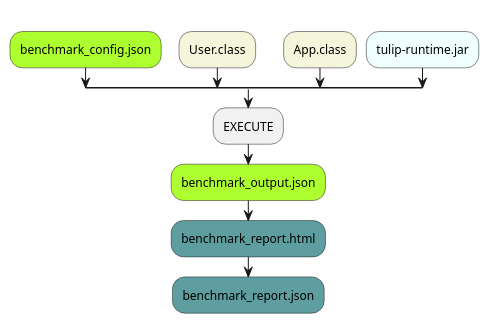
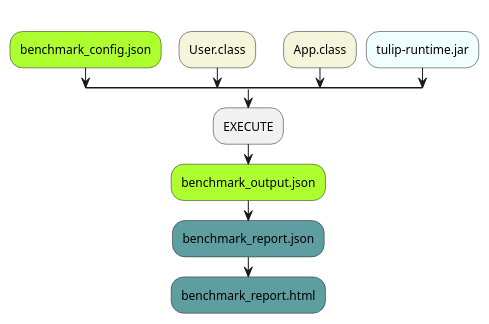
The fourth of 7 diagrams in doc/presentation/presentation.adoc (wfouche/Tulip), drawn with PlantUML before and after one commit. The commit also changed other lines of this file and 3 other files, not shown here.

```diff
--- a/doc/presentation/presentation.adoc
+++ b/doc/presentation/presentation.adoc
@@ -503,22 +503,22 @@
 [plantuml,diag03,svg]
 ----
 @startuml
 split
    -[hidden]->
    #greenyellow:benchmark_config.json;
 split again
    -[hidden]->
    #beige:User.class;
 split again
    -[hidden]->
    #beige:App.class;
 split again
    -[hidden]->
    #azure:tulip-runtime.jar;
 end split
 :EXECUTE;
 #greenyellow:benchmark_output.json;
+#cadetblue:benchmark_report.json;
 #cadetblue:benchmark_report.html;
-#cadetblue:benchmark_report.json;
 @enduml
 ----
```
